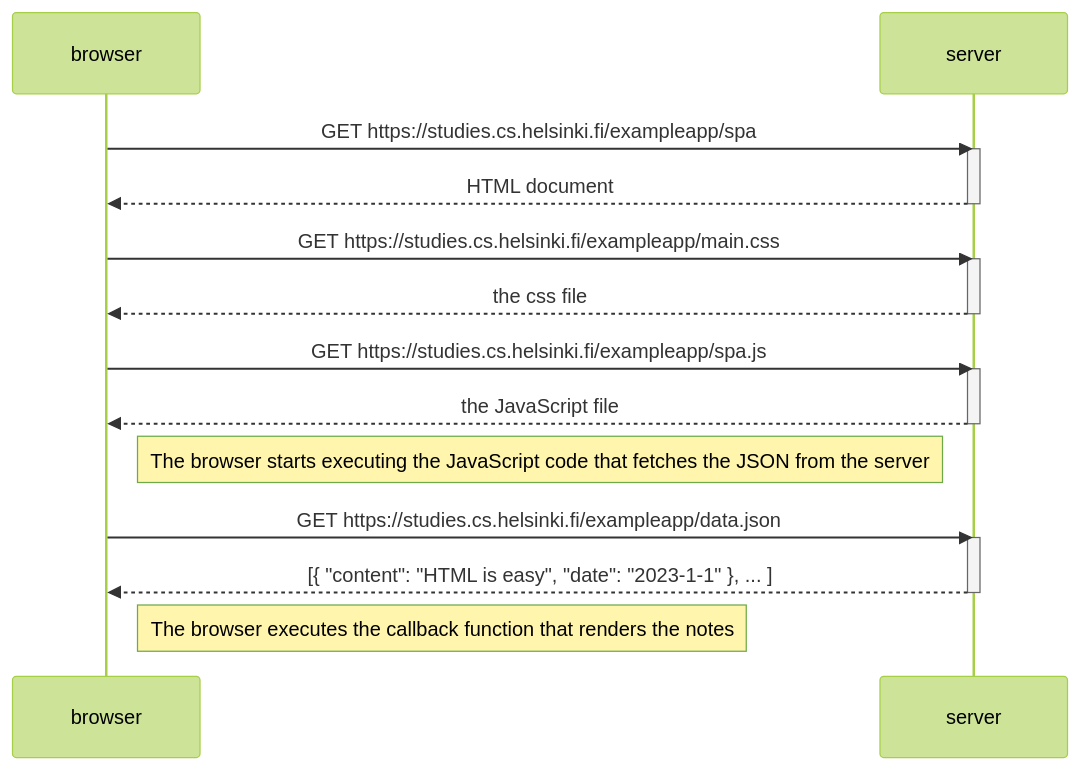
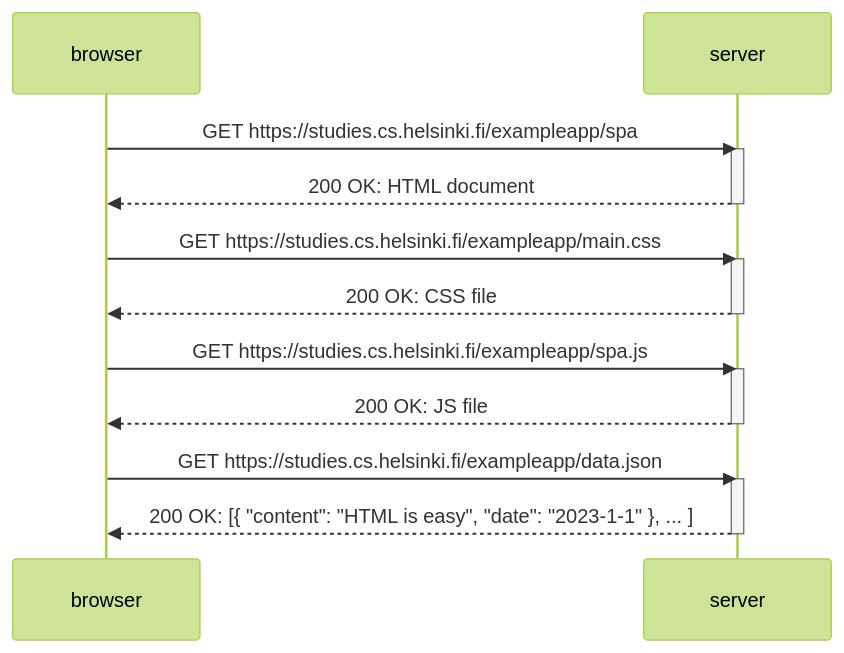
One commit to aralids/UHelsinki-FullStack-Solutions changed the diagram in part0/0-5.mmd. Above: the diagram before and after it, drawn with Mermaid (forest theme).

```diff
--- a/part0/0-5.mmd
+++ b/part0/0-5.mmd
@@ -1,27 +1,23 @@
 sequenceDiagram
     participant browser
     participant server
 
     browser->>server: GET https://studies.cs.helsinki.fi/exampleapp/spa
     activate server
-    server-->>browser: HTML document
+    server-->>browser: 200 OK: HTML document
     deactivate server
 
     browser->>server: GET https://studies.cs.helsinki.fi/exampleapp/main.css
     activate server
-    server-->>browser: the css file
+    server-->>browser: 200 OK: CSS file
     deactivate server
 
     browser->>server: GET https://studies.cs.helsinki.fi/exampleapp/spa.js
     activate server
-    server-->>browser: the JavaScript file
+    server-->>browser: 200 OK: JS file
     deactivate server
-
-    Note right of browser: The browser starts executing the JavaScript code that fetches the JSON from the server
 
     browser->>server: GET https://studies.cs.helsinki.fi/exampleapp/data.json
     activate server
-    server-->>browser: [{ "content": "HTML is easy", "date": "2023-1-1" }, ... ]
+    server-->>browser: 200 OK: [{ "content": "HTML is easy", "date": "2023-1-1" }, ... ]
     deactivate server
-
-    Note right of browser: The browser executes the callback function that renders the notes
```
